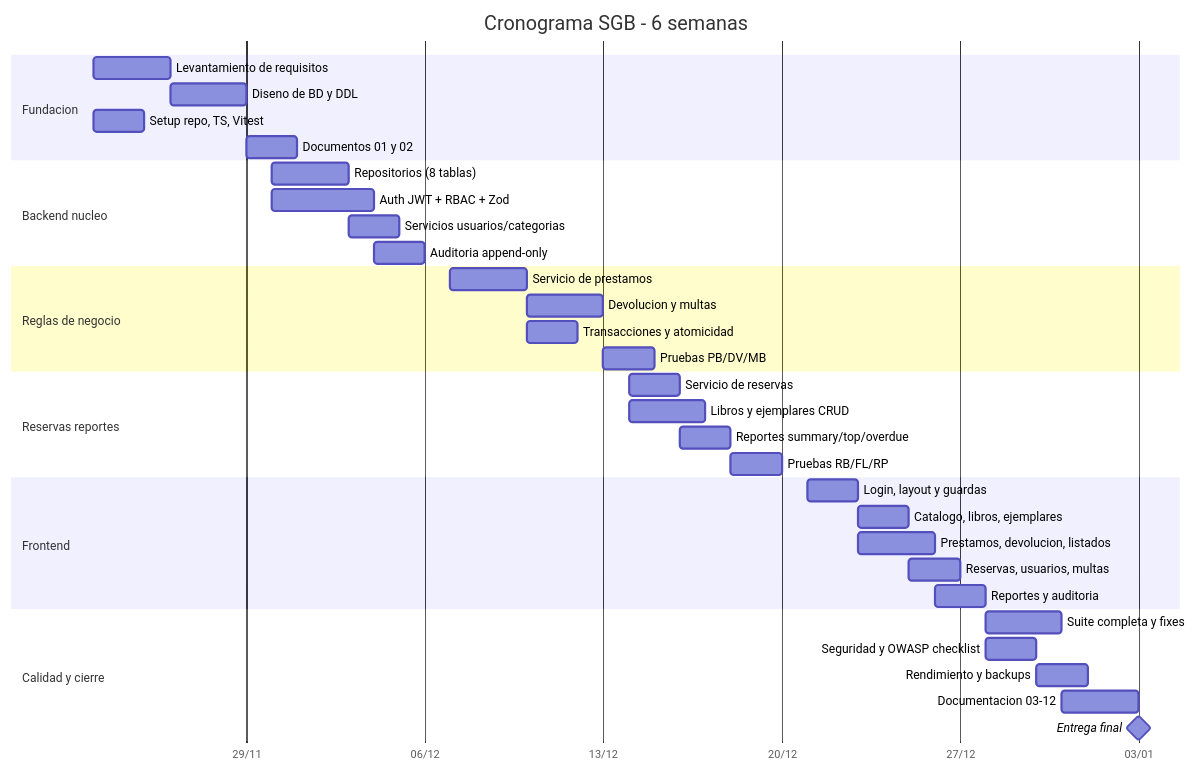
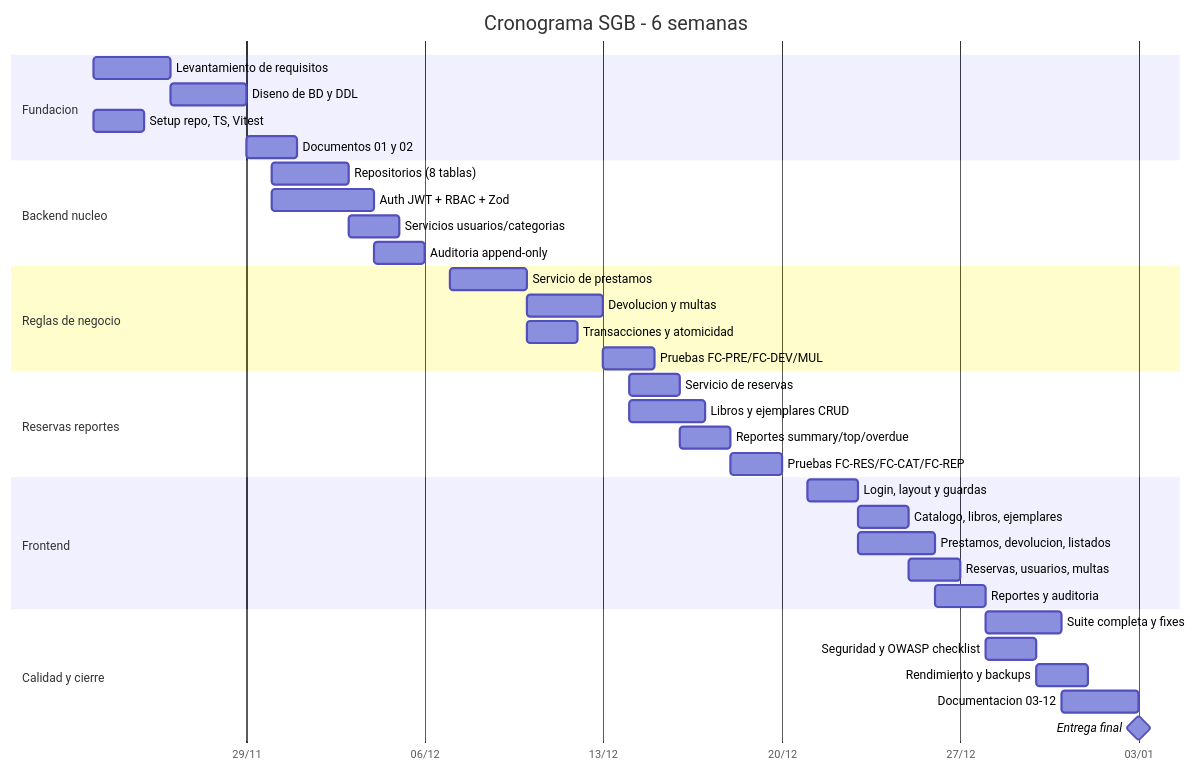
Before and after one commit to AngelC00kies/sistema-biblioteca: the diagram in docs/12-gestion.md, drawn with Mermaid. The commit also changed other lines of this file and 21 other files, not shown here.

````diff
--- a/docs/12-gestion.md
+++ b/docs/12-gestion.md
@@ -56,44 +56,44 @@
 ```mermaid
 gantt
   title Cronograma SGB - 6 semanas
   dateFormat  YYYY-MM-DD
   axisFormat  %d/%m
 
   section Fundacion
   Levantamiento de requisitos       :a1, 2026-11-23, 3d
   Diseno de BD y DDL                :a2, after a1, 3d
   Setup repo, TS, Vitest            :a3, 2026-11-23, 2d
   Documentos 01 y 02                :a4, after a2, 2d
 
   section Backend nucleo
   Repositorios (8 tablas)           :b1, 2026-11-30, 3d
   Auth JWT + RBAC + Zod             :b2, 2026-11-30, 4d
   Servicios usuarios/categorias     :b3, after b1, 2d
   Auditoria append-only             :b4, after b2, 2d
 
   section Reglas de negocio
   Servicio de prestamos             :c1, 2026-12-07, 3d
   Devolucion y multas               :c2, after c1, 3d
   Transacciones y atomicidad        :c3, after c1, 2d
-  Pruebas PB/DV/MB                  :c4, after c2, 2d
+  Pruebas FC-PRE/FC-DEV/MUL       :c4, after c2, 2d
 
   section Reservas reportes
   Servicio de reservas              :d1, 2026-12-14, 2d
   Libros y ejemplares CRUD          :d2, 2026-12-14, 3d
   Reportes summary/top/overdue      :d3, after d1, 2d
-  Pruebas RB/FL/RP                  :d4, after d3, 2d
+  Pruebas FC-RES/FC-CAT/FC-REP      :d4, after d3, 2d
 
   section Frontend
   Login, layout y guardas           :e1, 2026-12-21, 2d
   Catalogo, libros, ejemplares      :e2, after e1, 2d
   Prestamos, devolucion, listados   :e3, after e1, 3d
   Reservas, usuarios, multas        :e4, after e2, 2d
   Reportes y auditoria              :e5, after e3, 2d
 
   section Calidad y cierre
   Suite completa y fixes            :f1, 2026-12-28, 3d
   Seguridad y OWASP checklist       :f2, 2026-12-28, 2d
   Rendimiento y backups             :f3, after f2, 2d
   Documentacion 03-12               :f4, after f1, 3d
   Entrega final                     :milestone, 2027-01-03, 0d
 ```
````
